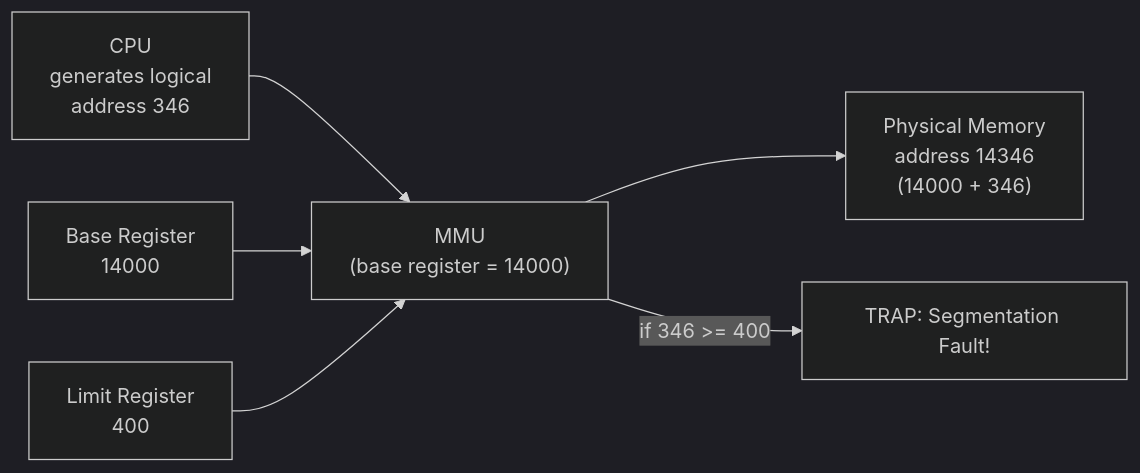
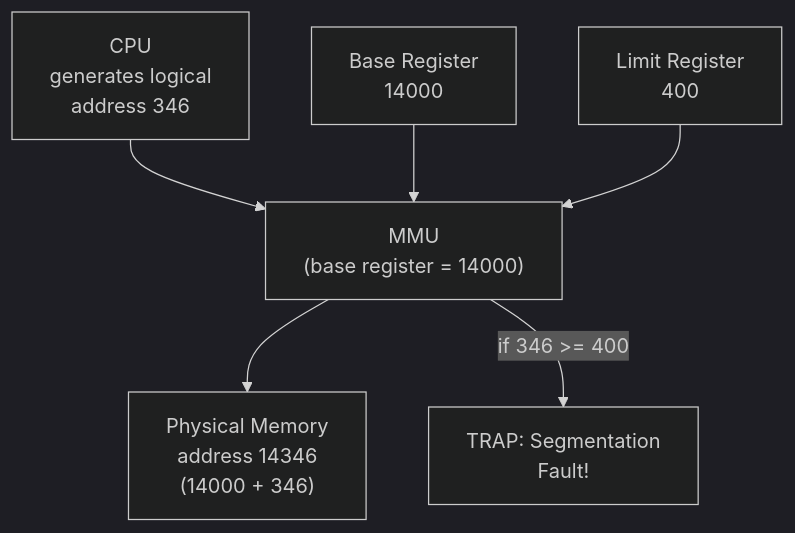
Before and after one commit to amitdevx/TY: the second of 7 diagrams in 01-Semester-V/CS-302-MJ-T-Operating-Systems/Unit-3.md, drawn with Mermaid (dark theme). The commit also changed other lines of this file and 65 other files, not shown here.

Commit message:
fix:graph vertical

````diff
--- a/01-Semester-V/CS-302-MJ-T-Operating-Systems/Unit-3.md
+++ b/01-Semester-V/CS-302-MJ-T-Operating-Systems/Unit-3.md
@@ -75,10 +75,10 @@
 ```mermaid
-graph LR
+graph TD
     CPU["CPU<br/>generates logical<br/>address 346"] --> MMU["MMU<br/>(base register = 14000)"]
     MMU --> RAM["Physical Memory<br/>address 14346<br/>(14000 + 346)"]
     
     BASE["Base Register<br/>14000"] --> MMU
     LIMIT["Limit Register<br/>400"] --> MMU
     
-    MMU -->|"if 346 >= 400"| TRAP["TRAP: Segmentation Fault!"]
+    MMU -->|"if 346 >= 400"| TRAP["TRAP: Segmentation<br/>Fault!"]
 ```
````
